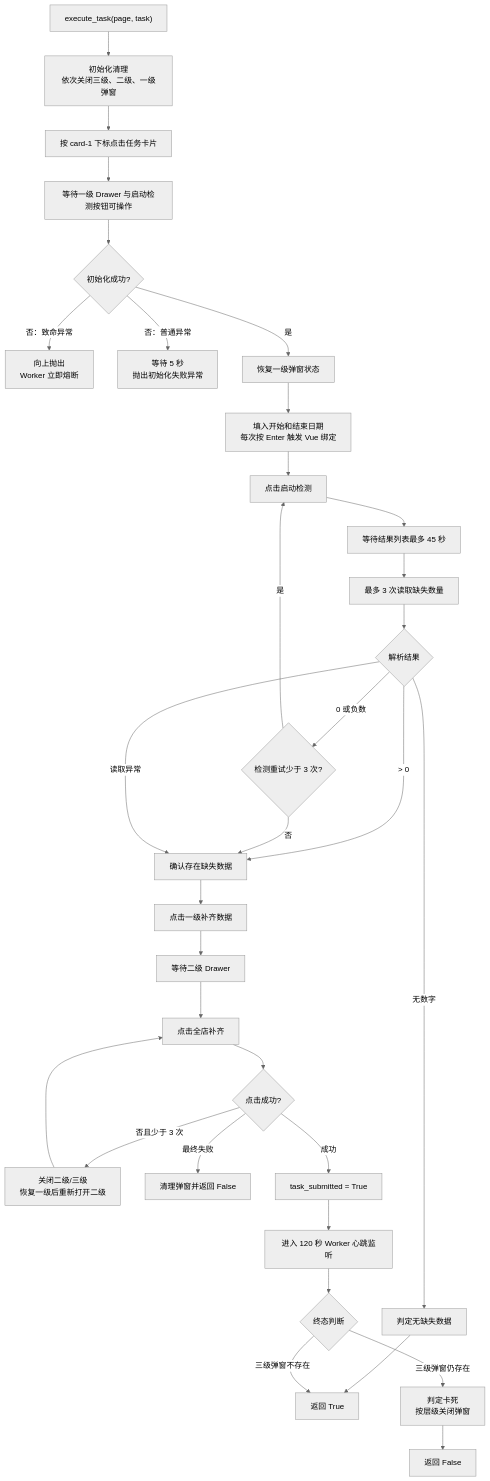
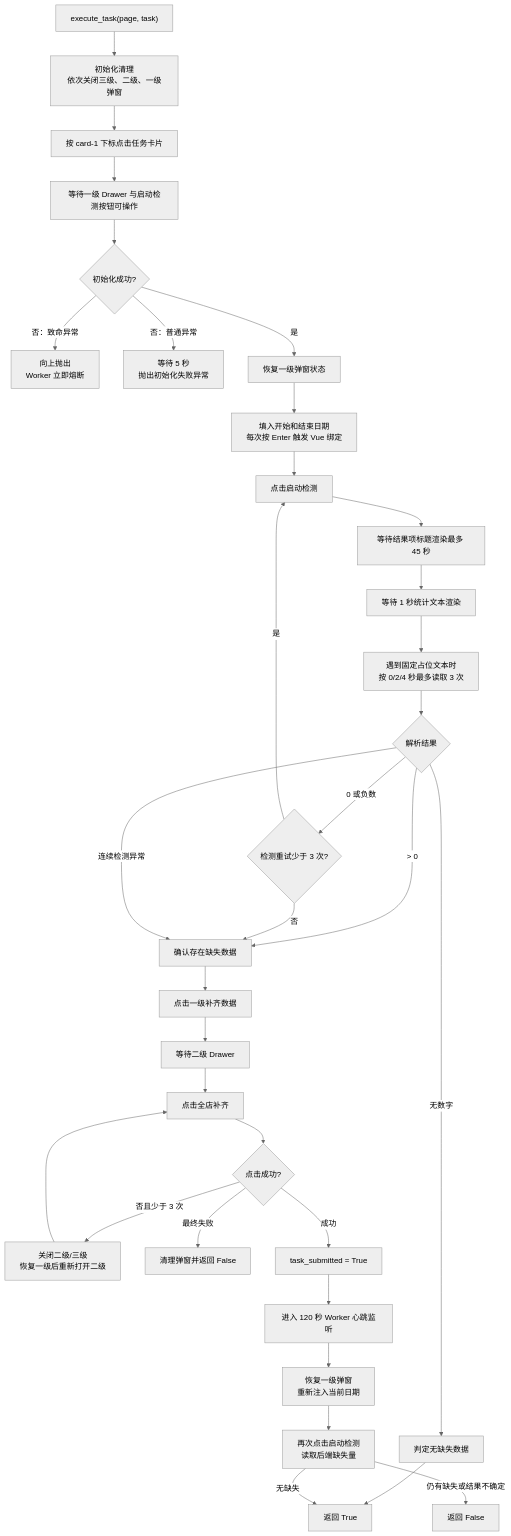
Before and after one commit to liao084/BitBrowser-Backfill-Engine: the eighth of 14 diagrams in ARCHITECTURE.md, drawn with Mermaid (neutral theme). The commit also changed other lines of this file and 2 other files, not shown here.

````diff
--- a/ARCHITECTURE.md
+++ b/ARCHITECTURE.md
@@ -277,35 +277,36 @@
 ```mermaid
 flowchart TD
     Start["execute_task(page, task)"] --> Init["初始化清理<br/>依次关闭三级、二级、一级弹窗"]
     Init --> OpenCard["按 card-1 下标点击任务卡片"]
     OpenCard --> Primary["等待一级 Drawer 与启动检测按钮可操作"]
     Primary --> InitOK{"初始化成功?"}
     InitOK -->|"否：致命异常"| Fatal["向上抛出<br/>Worker 立即熔断"]
     InitOK -->|"否：普通异常"| InitError["等待 5 秒<br/>抛出初始化失败异常"]
     InitOK -->|"是"| Restore["恢复一级弹窗状态"]
     Restore --> Dates["填入开始和结束日期<br/>每次按 Enter 触发 Vue 绑定"]
     Dates --> Detect["点击启动检测"]
-    Detect --> Result["等待结果列表最多 45 秒"]
-    Result --> Read["最多 3 次读取缺失数量"]
+    Detect --> Result["等待结果项标题渲染最多 45 秒"]
+    Result --> Buffer["等待 1 秒统计文本渲染"]
+    Buffer --> Read["遇到固定占位文本时<br/>按 0/2/4 秒最多读取 3 次"]
     Read --> Missing{"解析结果"}
     Missing -->|"无数字"| NoMissing["判定无缺失数据"]
     Missing -->|"> 0"| NeedFill["确认存在缺失数据"]
     Missing -->|"0 或负数"| RetryDetect{"检测重试少于 3 次?"}
     RetryDetect -->|"是"| Detect
     RetryDetect -->|"否"| NeedFill
-    Missing -->|"读取异常"| NeedFill
+    Missing -->|"连续检测异常"| NeedFill
     NoMissing --> Success["返回 True"]
     NeedFill --> Backfill["点击一级补齐数据"]
     Backfill --> Secondary["等待二级 Drawer"]
     Secondary --> Whole["点击全店补齐"]
     Whole --> ClickOK{"点击成功?"}
     ClickOK -->|"否且少于 3 次"| Recover["关闭二级/三级<br/>恢复一级后重新打开二级"]
     Recover --> Whole
     ClickOK -->|"最终失败"| SubmitFail["清理弹窗并返回 False"]
     ClickOK -->|"成功"| Submitted["task_submitted = True"]
     Submitted --> Heartbeat["进入 120 秒 Worker 心跳监听"]
-    Heartbeat --> Final{"终态判断"}
-    Final -->|"三级弹窗不存在"| Success
-    Final -->|"三级弹窗仍存在"| Stuck["判定卡死<br/>按层级关闭弹窗"]
-    Stuck --> Failed["返回 False"]
+    Heartbeat --> FinalRestore["恢复一级弹窗<br/>重新注入当前日期"]
+    FinalRestore --> FinalDetect["再次点击启动检测<br/>读取后端缺失量"]
+    FinalDetect -->|"无缺失"| Success
+    FinalDetect -->|"仍有缺失或结果不确定"| Failed["返回 False"]
 ```
````
